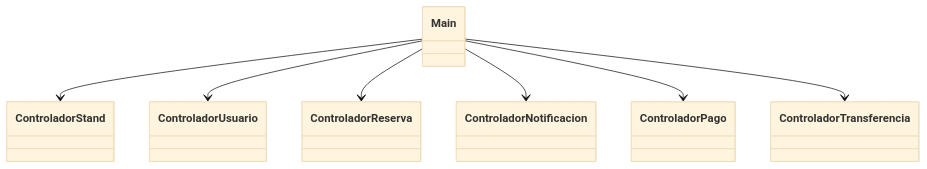
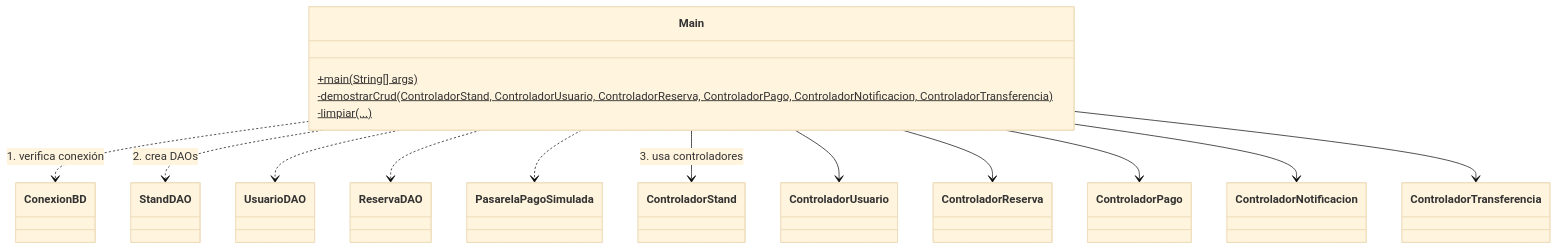
Before and after one commit to Javtamata145/StandsFiley-POO: the ninth of 9 diagrams in Stands-Filey/DiagramaClases/DiagramaClases.md, drawn with Mermaid (base theme). The commit also changed other lines of this file, not shown here.

Commit message:
Actualizando Diagrama clases

````diff
--- a/Stands-Filey/DiagramaClases/DiagramaClases.md
+++ b/Stands-Filey/DiagramaClases/DiagramaClases.md
@@ -547,13 +644,22 @@
 ```mermaid
 classDiagram
 direction TB
 
-class Main
+class Main {
+  +main(String[] args)$
+  -demostrarCrud(ControladorStand, ControladorUsuario, ControladorReserva, ControladorPago, ControladorNotificacion, ControladorTransferencia)$
+  -limpiar(...)$
+}
 
-Main --> ControladorStand
+Main ..> ConexionBD : 1. verifica conexión
+Main ..> StandDAO : 2. crea DAOs
+Main ..> UsuarioDAO
+Main ..> ReservaDAO
+Main ..> PasarelaPagoSimulada
+Main --> ControladorStand : 3. usa controladores
 Main --> ControladorUsuario
 Main --> ControladorReserva
+Main --> ControladorPago
 Main --> ControladorNotificacion
-Main --> ControladorPago
 Main --> ControladorTransferencia
 ```
````
